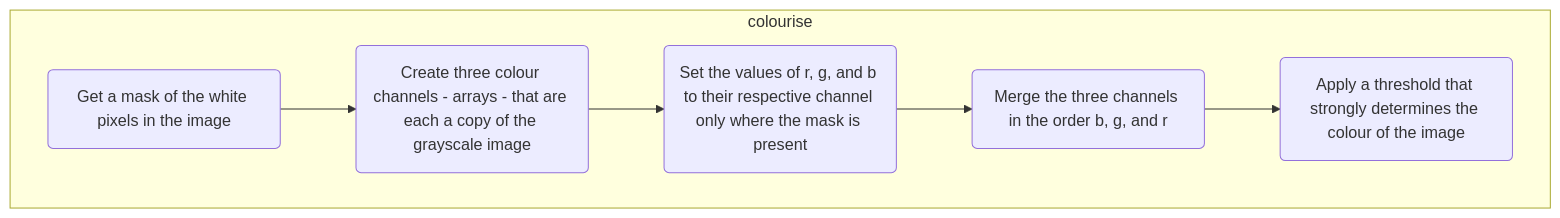
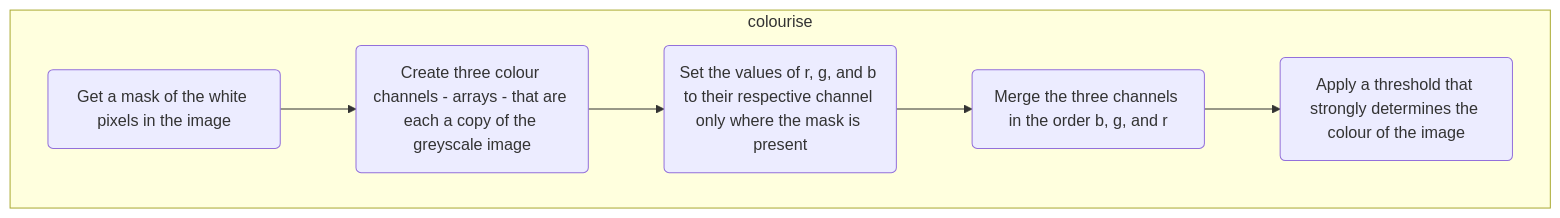
One commit to Parsec-2023/Parsec_AstroPi_2022-23 changed the sixth of 10 diagrams in README.md. Above: the diagram before and after it, drawn with Mermaid. The commit also changed other lines of this file, not shown here.

````diff
--- a/README.md
+++ b/README.md
@@ -239,6 +243,6 @@
 ```mermaid
 flowchart  TD;
 subgraph colourise
-1(Get a mask of the white pixels in the image)-->2(Create three colour channels - arrays - that are each a copy of the grayscale image)-->3(Set the values of r, g, and b to their respective channel only where the mask is present)-->4(Merge the three channels in the order b, g, and r)-->5(Apply a threshold that strongly determines the colour of the image)
+1(Get a mask of the white pixels in the image)-->2(Create three colour channels - arrays - that are each a copy of the greyscale image)-->3(Set the values of r, g, and b to their respective channel only where the mask is present)-->4(Merge the three channels in the order b, g, and r)-->5(Apply a threshold that strongly determines the colour of the image)
 end
 ```
````
